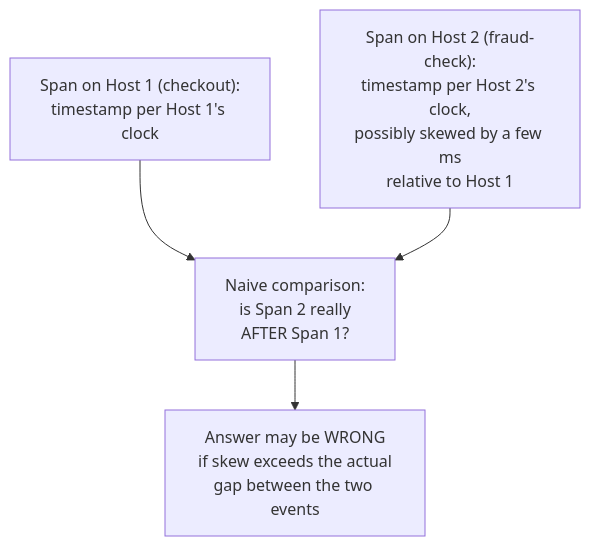
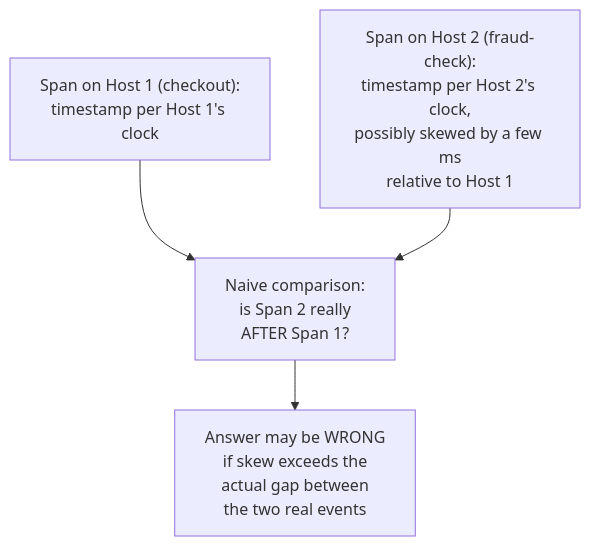
One commit to riyaz-pasha/Learnings changed diagram 13 of 15 in system-design/HLD/0-course/57-Design-a-Distributed-Tracing-System-FAANG-Guide-story.md. Above: the diagram before and after it, drawn with Mermaid. The commit also changed other lines of this file and 1 other file, not shown here.

Commit message:
[REWRITE] Distributed Tracing System story guide: simplify prose, add structure, fix diagrams

````diff
--- a/system-design/HLD/0-course/57-Design-a-Distributed-Tracing-System-FAANG-Guide-story.md
+++ b/system-design/HLD/0-course/57-Design-a-Distributed-Tracing-System-FAANG-Guide-story.md
@@ -258,6 +577,6 @@
 ```mermaid
 flowchart TD
-    A["Span on Host 1 (checkout):\ntimestamp per Host 1's clock"] --> C["Naive comparison:\nis Span 2 really\nAFTER Span 1?"]
-    B["Span on Host 2 (fraud-check):\ntimestamp per Host 2's clock,\npossibly skewed by a few ms\nrelative to Host 1"] --> C
-    C --> D["Answer may be WRONG\nif skew exceeds the actual\ngap between the two events"]
+    A["Span on Host 1 (checkout):<br/>timestamp per Host 1's clock"] --> C["Naive comparison:<br/>is Span 2 really<br/>AFTER Span 1?"]
+    B["Span on Host 2 (fraud-check):<br/>timestamp per Host 2's clock,<br/>possibly skewed by a few ms<br/>relative to Host 1"] --> C
+    C --> D["Answer may be WRONG<br/>if skew exceeds the<br/>actual gap between<br/>the two real events"]
 ```
````
